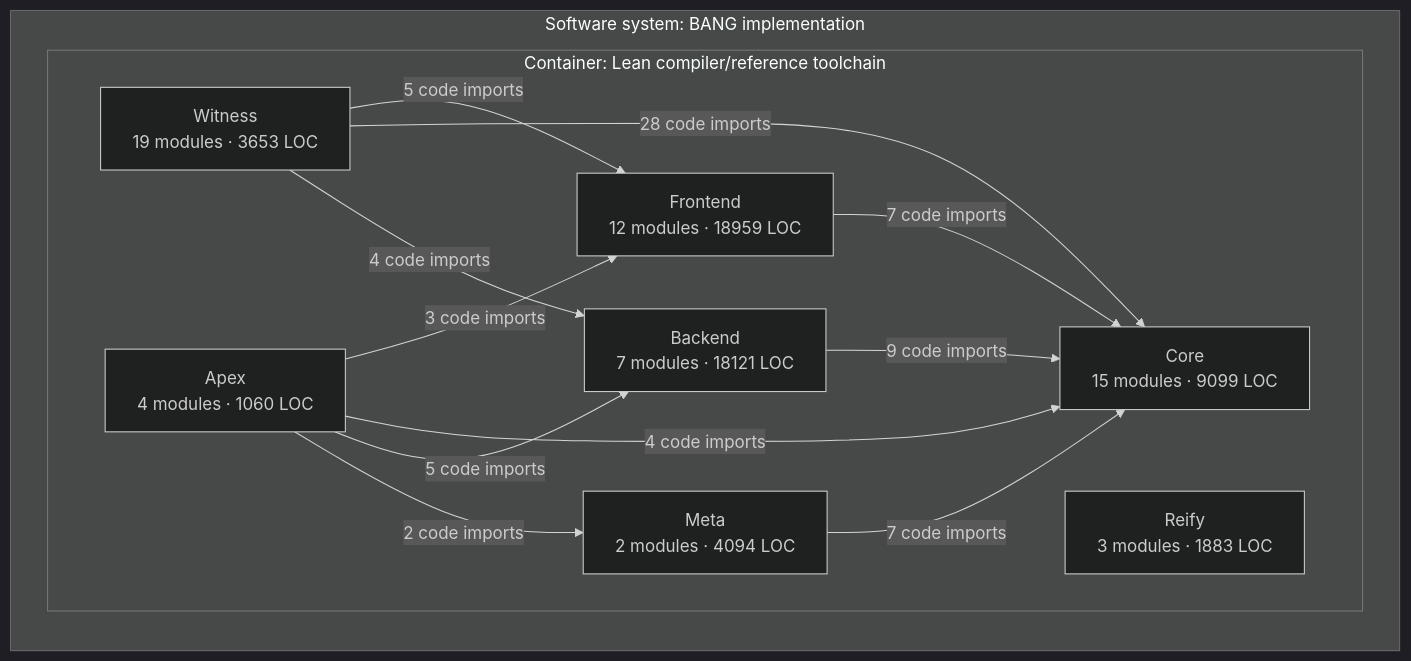
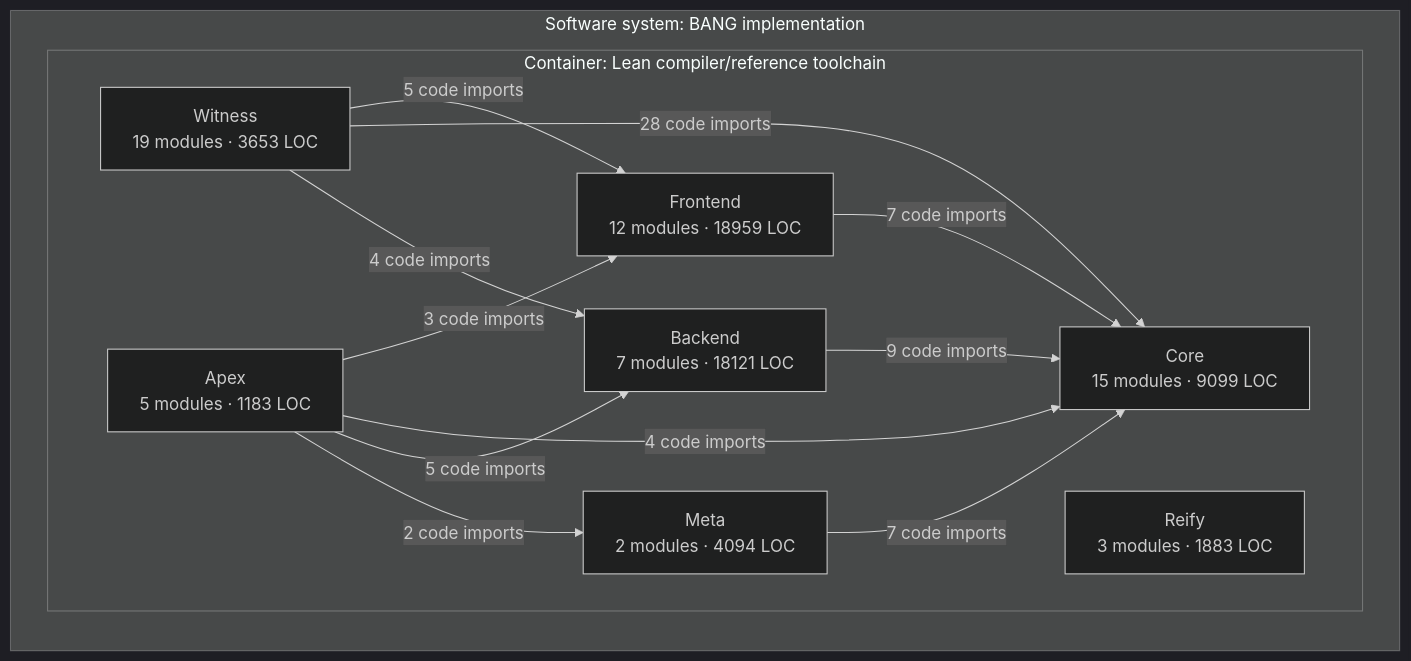
Before and after one commit to phibkro/bang: the third of 3 diagrams in docs/architecture/core-overview.md, drawn with Mermaid (dark theme). The commit also changed other lines of this file and 25 other files, not shown here.

````diff
--- a/docs/architecture/core-overview.md
+++ b/docs/architecture/core-overview.md
@@ -160,24 +165,24 @@
 ```mermaid
 flowchart LR
   subgraph system_BANG["Software system: BANG implementation"]
     subgraph container_Lean_toolchain["Container: Lean compiler/reference toolchain"]
       component_Frontend["Frontend<br/>12 modules · 18959 LOC"]
       component_Core["Core<br/>15 modules · 9099 LOC"]
       component_Backend["Backend<br/>7 modules · 18121 LOC"]
       component_Meta["Meta<br/>2 modules · 4094 LOC"]
       component_Witness["Witness<br/>19 modules · 3653 LOC"]
       component_Reify["Reify<br/>3 modules · 1883 LOC"]
-      component_Apex["Apex<br/>4 modules · 1060 LOC"]
+      component_Apex["Apex<br/>5 modules · 1183 LOC"]
     end
   end
   component_Frontend -->|7 code imports| component_Core
   component_Backend -->|9 code imports| component_Core
   component_Meta -->|7 code imports| component_Core
   component_Witness -->|5 code imports| component_Frontend
   component_Witness -->|28 code imports| component_Core
   component_Witness -->|4 code imports| component_Backend
   component_Apex -->|3 code imports| component_Frontend
   component_Apex -->|4 code imports| component_Core
   component_Apex -->|5 code imports| component_Backend
   component_Apex -->|2 code imports| component_Meta
 ```
````
